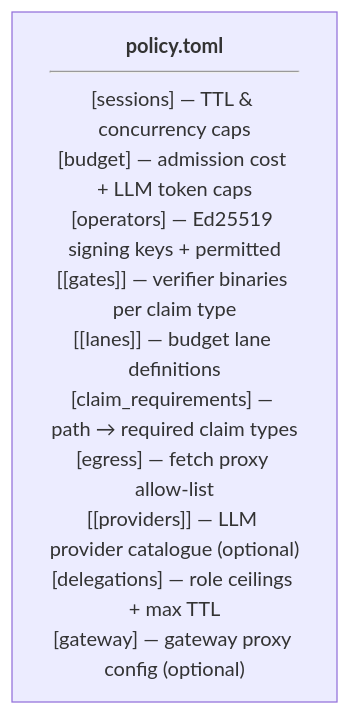
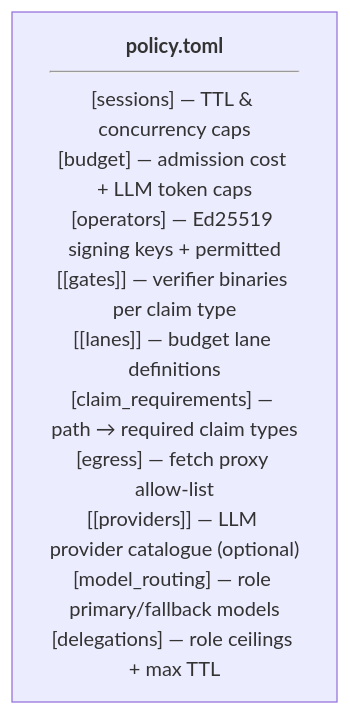
One commit to chika5105/raxis changed the diagram in raxis/raxis-concepts/09-policy-configuration.md. Above: the diagram before and after it, drawn with Mermaid. The commit also changed 52 other files, not shown here.

````diff
--- a/raxis/raxis-concepts/09-policy-configuration.md
+++ b/raxis/raxis-concepts/09-policy-configuration.md
@@ -45,4 +45,4 @@
 ```mermaid
 flowchart TD
-    Policy["<b>policy.toml</b><br/><hr/>[sessions] — TTL & concurrency caps<br/>[budget] — admission cost + LLM token caps<br/>[operators] — Ed25519 signing keys + permitted<br/>[[gates]] — verifier binaries per claim type<br/>[[lanes]] — budget lane definitions<br/>[claim_requirements] — path → required claim types<br/>[egress] — fetch proxy allow-list<br/>[[providers]] — LLM provider catalogue (optional)<br/>[delegations] — role ceilings + max TTL<br/>[gateway] — gateway proxy config (optional)"]
+    Policy["<b>policy.toml</b><br/><hr/>[sessions] — TTL & concurrency caps<br/>[budget] — admission cost + LLM token caps<br/>[operators] — Ed25519 signing keys + permitted<br/>[[gates]] — verifier binaries per claim type<br/>[[lanes]] — budget lane definitions<br/>[claim_requirements] — path → required claim types<br/>[egress] — fetch proxy allow-list<br/>[[providers]] — LLM provider catalogue (optional)<br/>[model_routing] — role primary/fallback models<br/>[delegations] — role ceilings + max TTL"]
 ```
````
